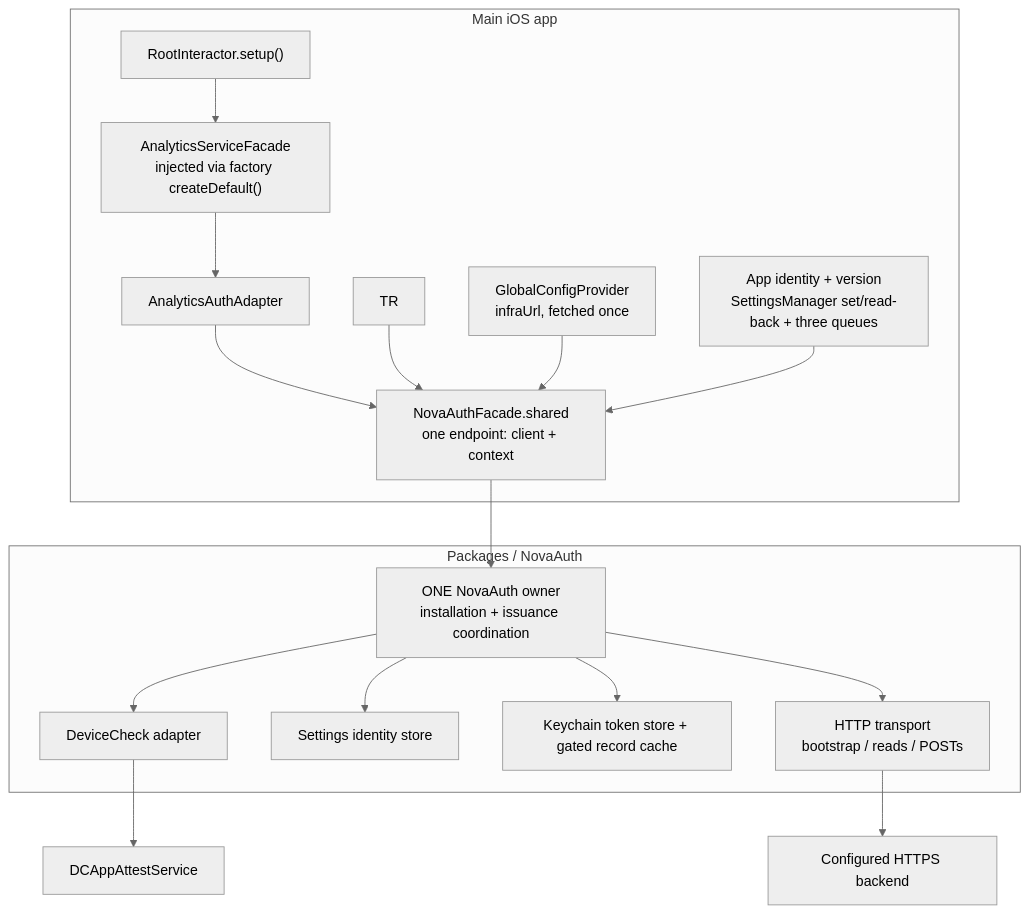
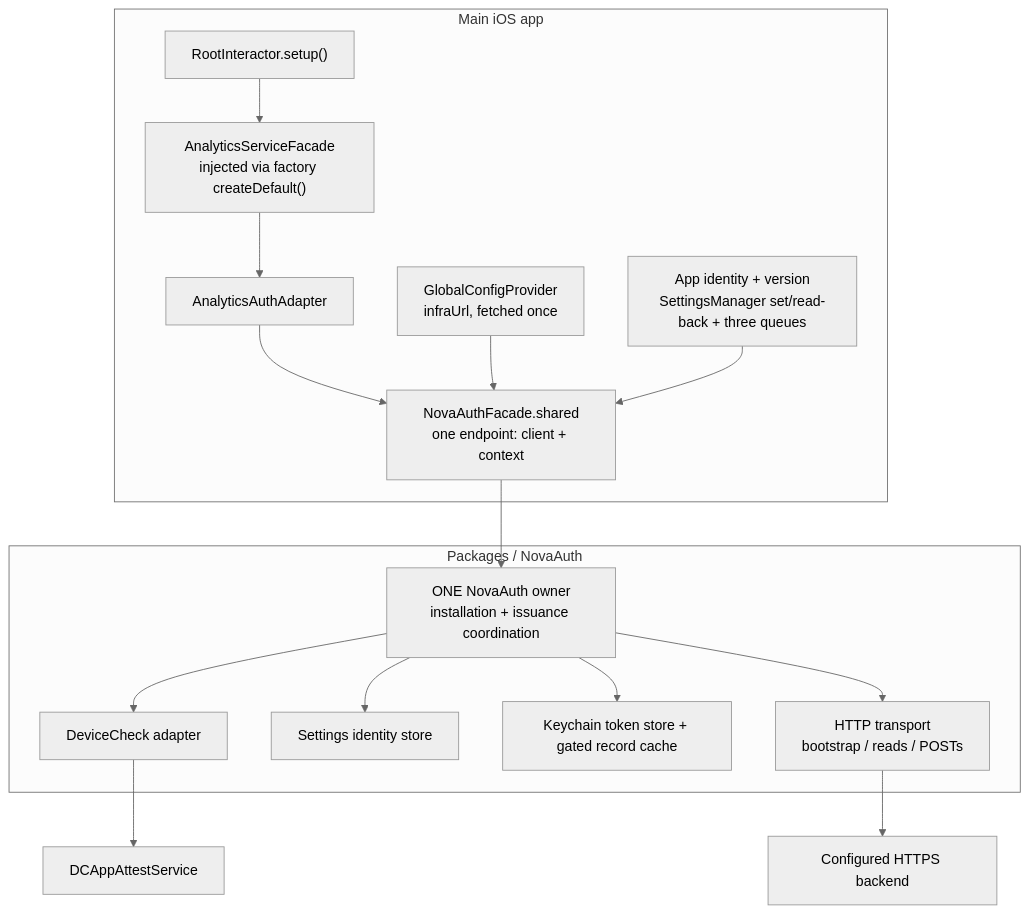
Before and after one commit to novasamatech/nova-wallet-ios: the first of 8 diagrams in .claude/docs/architecture/novaauth-client-diagrams.md, drawn with Mermaid (neutral theme). The commit also changed other lines of this file and 5 other files, not shown here.

````diff
--- a/.claude/docs/architecture/novaauth-client-diagrams.md
+++ b/.claude/docs/architecture/novaauth-client-diagrams.md
@@ -11,20 +13,19 @@
 ```mermaid
 flowchart TB
   subgraph APP["Main iOS app"]
     ROOT["RootInteractor.setup()"] --> AF["AnalyticsServiceFacade<br/>injected via factory createDefault()"]
     AF --> AA["AnalyticsAuthAdapter"]
     AA --> F["NovaAuthFacade.shared<br/>one endpoint: client + context"]
-    TR --> F
     CONFIG["GlobalConfigProvider<br/>infraUrl, fetched once"] --> F
     HOST["App identity + version<br/>SettingsManager set/read-back + three queues"] --> F
   end
   subgraph PACKAGE["Packages / NovaAuth"]
     F --> OWNER["ONE NovaAuth owner<br/>installation + issuance coordination"]
     OWNER --> APPLE["DeviceCheck adapter"]
     OWNER --> STATE["Settings identity store"]
     OWNER --> TOKEN["Keychain token store + gated record cache"]
     OWNER --> HTTP["HTTP transport<br/>bootstrap / reads / POSTs"]
   end
   HTTP --> BACKEND["Configured HTTPS backend"]
   APPLE --> OS["DCAppAttestService"]
 ```
````
